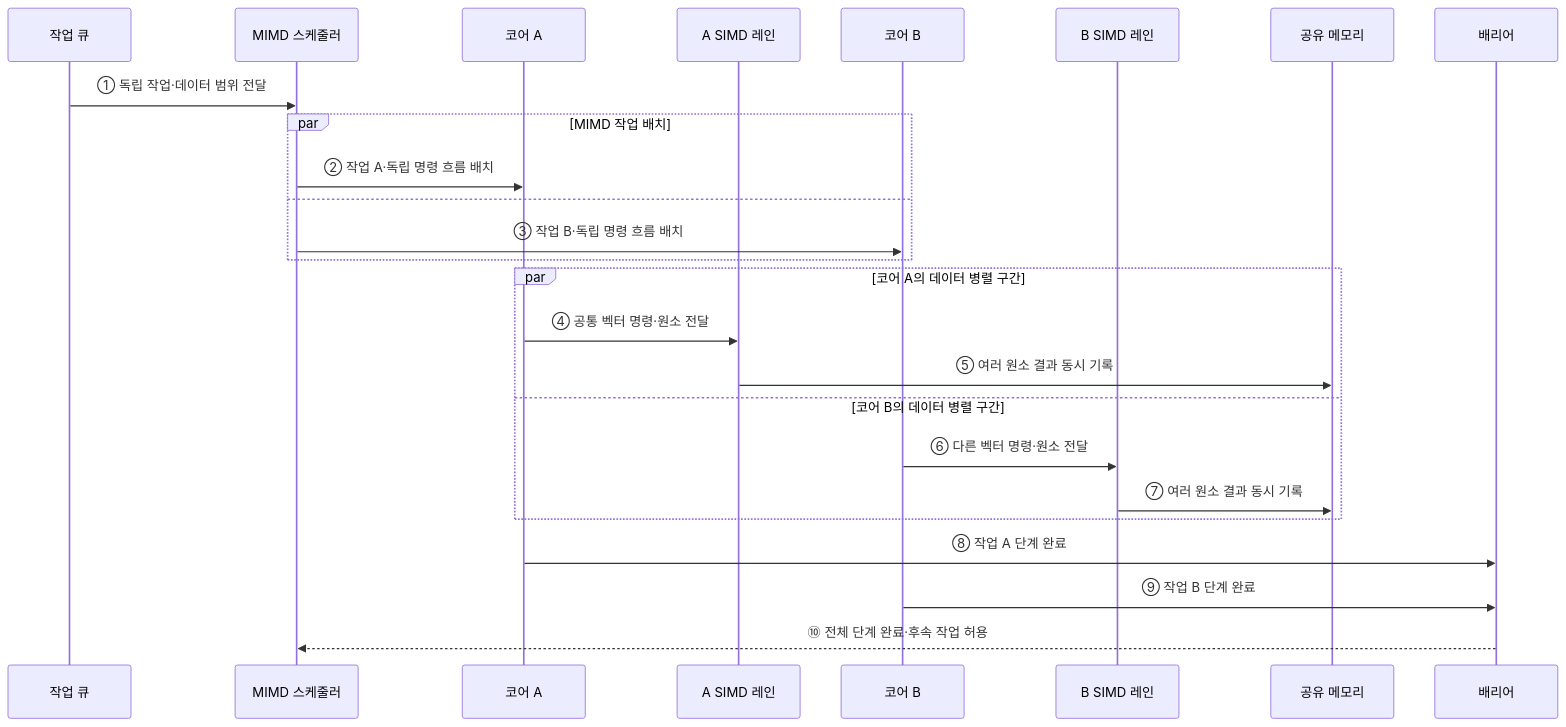
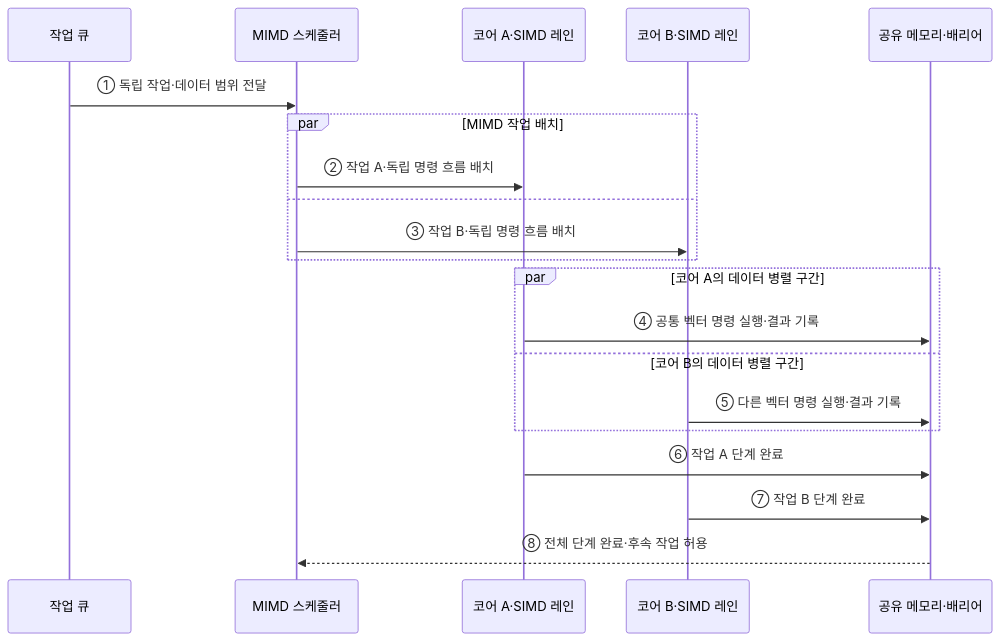
The second of 2 diagrams in src/content/docs/notes/02-hardware/053_simd_mimd.md (agnusdei1207/knowledge-base), drawn with Mermaid before and after one commit. The commit also changed other lines of this file and 20 other files, not shown here.

````diff
--- a/src/content/docs/notes/02-hardware/053_simd_mimd.md
+++ b/src/content/docs/notes/02-hardware/053_simd_mimd.md
@@ -79,28 +71,23 @@
 ```mermaid
 sequenceDiagram
     participant Q as 작업 큐
     participant S as MIMD 스케줄러
-    participant C1 as 코어 A
-    participant V1 as A SIMD 레인
-    participant C2 as 코어 B
-    participant V2 as B SIMD 레인
-    participant M as 공유 메모리
-    participant B as 배리어
+    participant A as 코어 A·SIMD 레인
+    participant C as 코어 B·SIMD 레인
+    participant B as 공유 메모리·배리어
 
     Q->>S: ① 독립 작업·데이터 범위 전달
     par MIMD 작업 배치
-        S->>C1: ② 작업 A·독립 명령 흐름 배치
+        S->>A: ② 작업 A·독립 명령 흐름 배치
     and
-        S->>C2: ③ 작업 B·독립 명령 흐름 배치
+        S->>C: ③ 작업 B·독립 명령 흐름 배치
     end
     par 코어 A의 데이터 병렬 구간
-        C1->>V1: ④ 공통 벡터 명령·원소 전달
-        V1->>M: ⑤ 여러 원소 결과 동시 기록
+        A->>B: ④ 공통 벡터 명령 실행·결과 기록
     and 코어 B의 데이터 병렬 구간
-        C2->>V2: ⑥ 다른 벡터 명령·원소 전달
-        V2->>M: ⑦ 여러 원소 결과 동시 기록
+        C->>B: ⑤ 다른 벡터 명령 실행·결과 기록
     end
-    C1->>B: ⑧ 작업 A 단계 완료
-    C2->>B: ⑨ 작업 B 단계 완료
-    B-->>S: ⑩ 전체 단계 완료·후속 작업 허용
+    A->>B: ⑥ 작업 A 단계 완료
+    C->>B: ⑦ 작업 B 단계 완료
+    B-->>S: ⑧ 전체 단계 완료·후속 작업 허용
 ```
````
